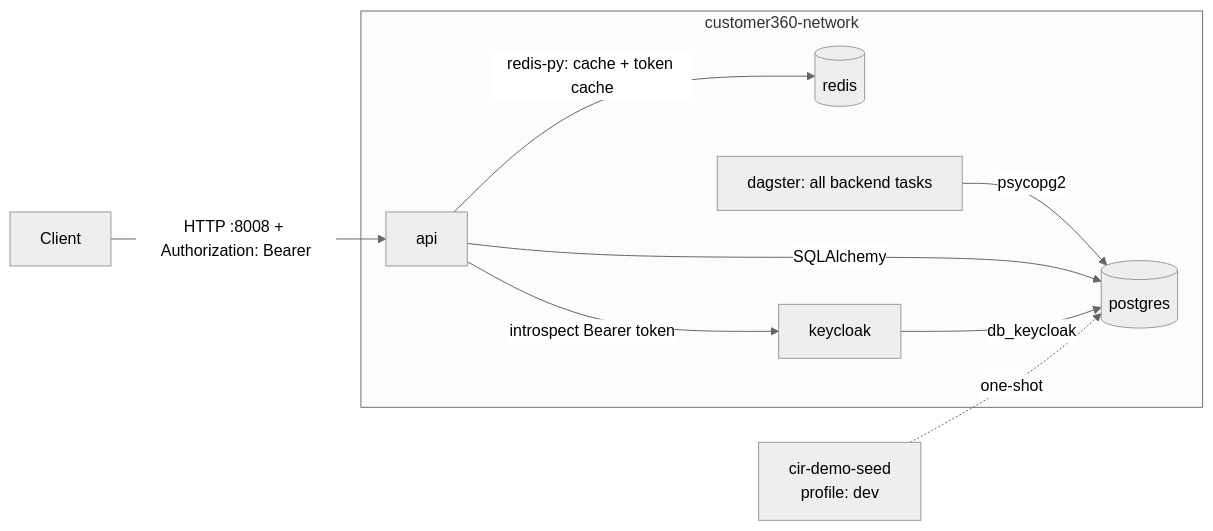
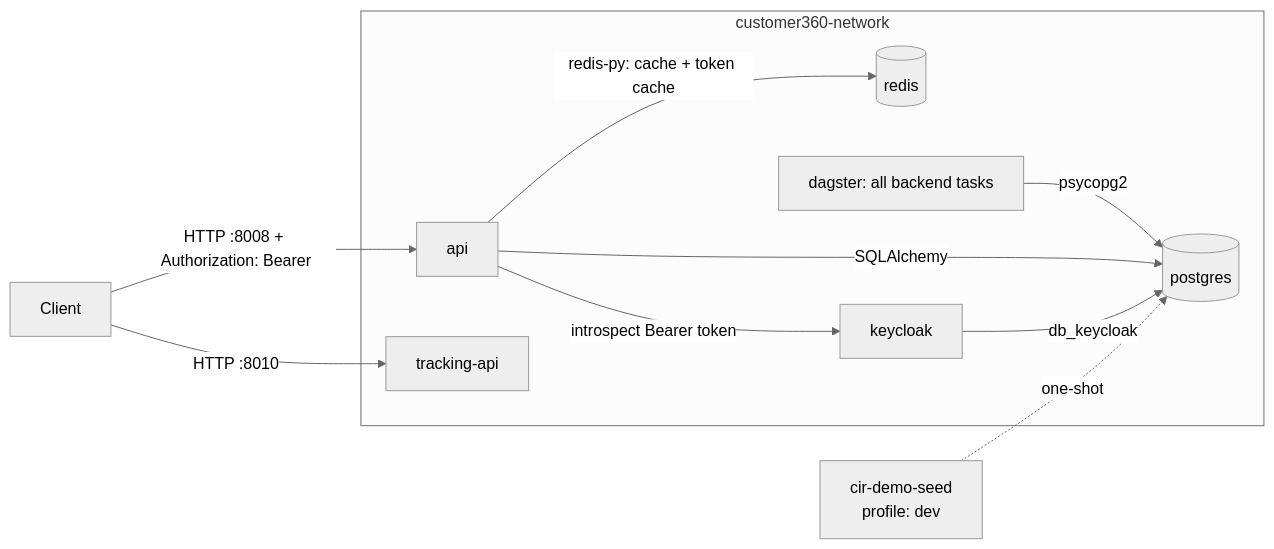
The diagram in docs/DOCKER-COMPOSE-GUIDE.md (LEO-CDP/leo-customer360), drawn with Mermaid (neutral theme) before and after one commit. The commit also changed other lines of this file and 22 other files, not shown here.

Commit message:
add customer360-tracking-api

````diff
--- a/docs/DOCKER-COMPOSE-GUIDE.md
+++ b/docs/DOCKER-COMPOSE-GUIDE.md
@@ -31,17 +35,19 @@
 ```mermaid
 flowchart LR
     subgraph customer360-network
         PG[(postgres)]
         RD[(redis)]
         KC[keycloak]
         DAG[dagster: all backend tasks]
         API[api]
+        TRACK[tracking-api]
     end
     DAG -->|psycopg2| PG
     API -->|SQLAlchemy| PG
     API -->|redis-py: cache + token cache| RD
     API -->|introspect Bearer token| KC
     KC -->|db_keycloak| PG
     Client -->|HTTP :8008 + Authorization: Bearer| API
+    Client -->|HTTP :8010| TRACK
     Seed[cir-demo-seed\nprofile: dev] -.->|one-shot| PG
 ```
````
